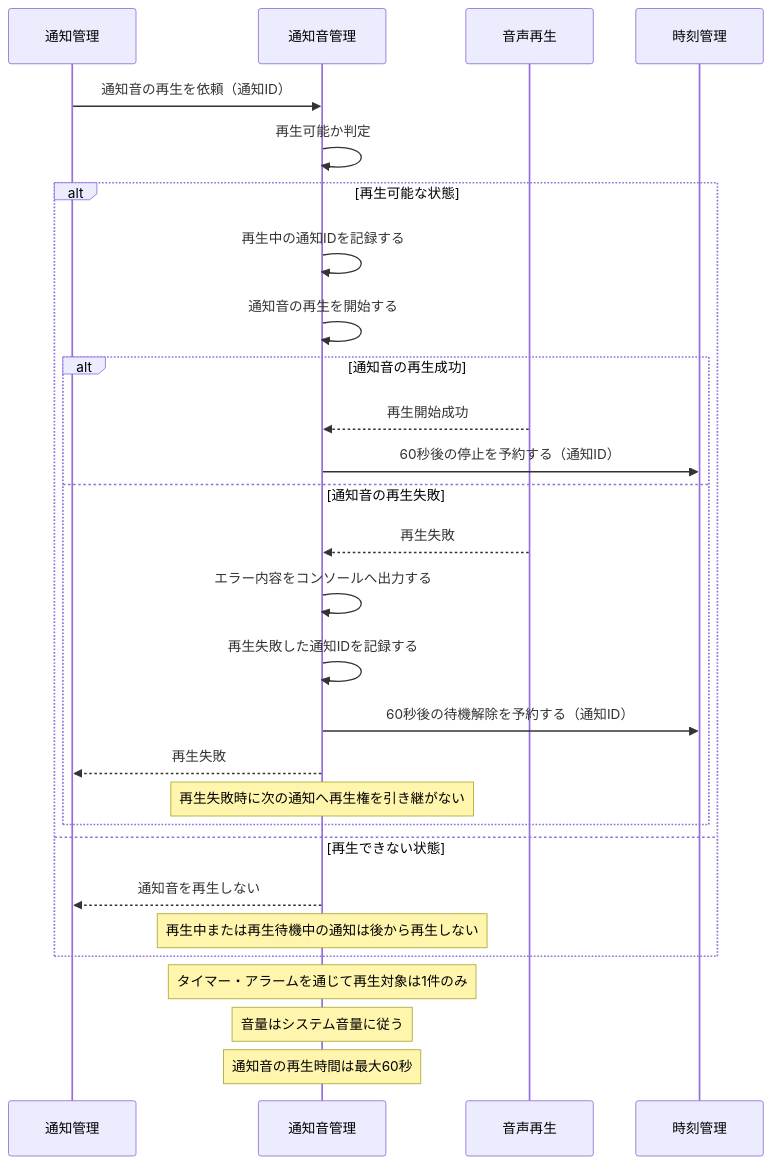
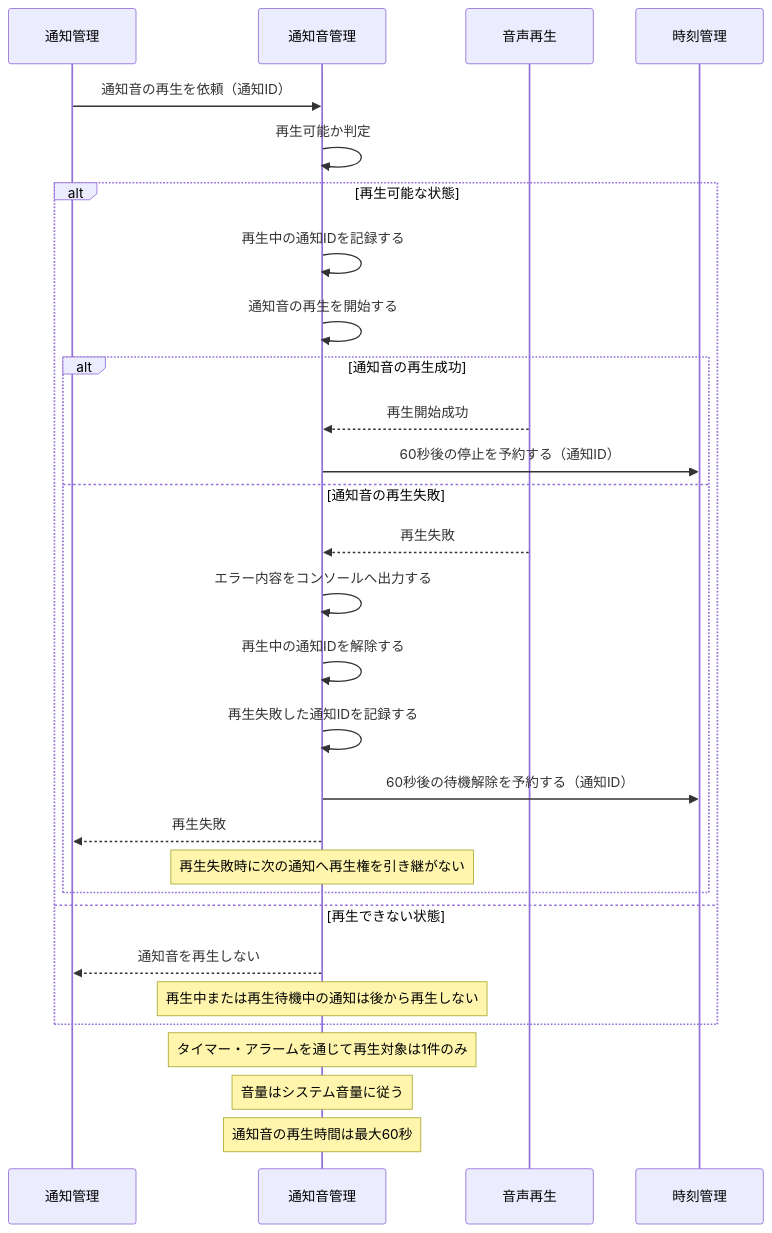
Before and after one commit to shun62201234-crypto/timerApplication: the fourth of 7 diagrams in document/設計/シーケンス図/共通シーケンス図.md, drawn with Mermaid. The commit also changed other lines of this file and 2 other files, not shown here.

First line of the commit message:
シーケンス図を修正（共通・アラーム・タイマー）

````diff
--- a/document/設計/シーケンス図/共通シーケンス図.md
+++ b/document/設計/シーケンス図/共通シーケンス図.md
@@ -114,35 +114,36 @@
 ```mermaid
 sequenceDiagram
     participant Notify as 通知管理
     participant Audio as 通知音管理
     participant Player as 音声再生
     participant Clock as 時刻管理
 
     Notify->>Audio: 通知音の再生を依頼（通知ID）
     Audio->>Audio: 再生可能か判定
 
     alt 再生可能な状態
         Audio->>Audio: 再生中の通知IDを記録する
         Audio->>Audio: 通知音の再生を開始する
 
         alt 通知音の再生成功
             Player-->>Audio: 再生開始成功
             Audio->>Clock: 60秒後の停止を予約する（通知ID）
         else 通知音の再生失敗
             Player-->>Audio: 再生失敗
             Audio->>Audio: エラー内容をコンソールへ出力する
+            Audio->>Audio: 再生中の通知IDを解除する
             Audio->>Audio: 再生失敗した通知IDを記録する
             Audio->>Clock: 60秒後の待機解除を予約する（通知ID）
             Audio-->>Notify: 再生失敗
             Note over Audio: 再生失敗時に次の通知へ再生権を引き継がない
         end
 
     else 再生できない状態
         Audio-->>Notify: 通知音を再生しない
         Note over Audio: 再生中または再生待機中の通知は後から再生しない
     end
 
     Note over Audio: タイマー・アラームを通じて再生対象は1件のみ
     Note over Audio: 音量はシステム音量に従う
     Note over Audio: 通知音の再生時間は最大60秒
 ```
````
